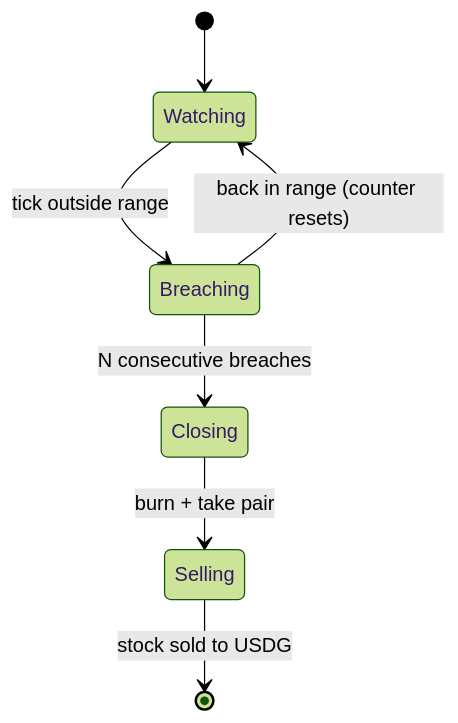
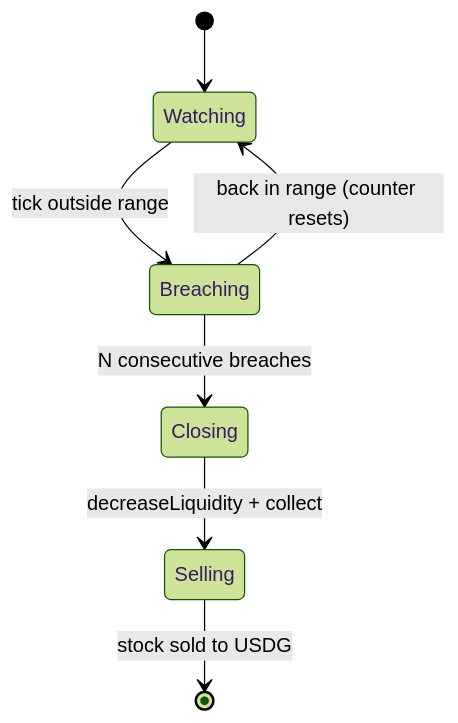
The third of 4 diagrams in docs/architecture.md (lexer/arcusdelta), drawn with Mermaid (forest theme) before and after one commit. The commit also changed other lines of this file and 15 other files, not shown here.

````diff
--- a/docs/architecture.md
+++ b/docs/architecture.md
@@ -82,9 +87,9 @@
 ```mermaid
 stateDiagram-v2
     [*] --> Watching
     Watching --> Breaching: tick outside range
     Breaching --> Watching: back in range (counter resets)
     Breaching --> Closing: N consecutive breaches
-    Closing --> Selling: burn + take pair
+    Closing --> Selling: decreaseLiquidity + collect
     Selling --> [*]: stock sold to USDG
 ```
````
